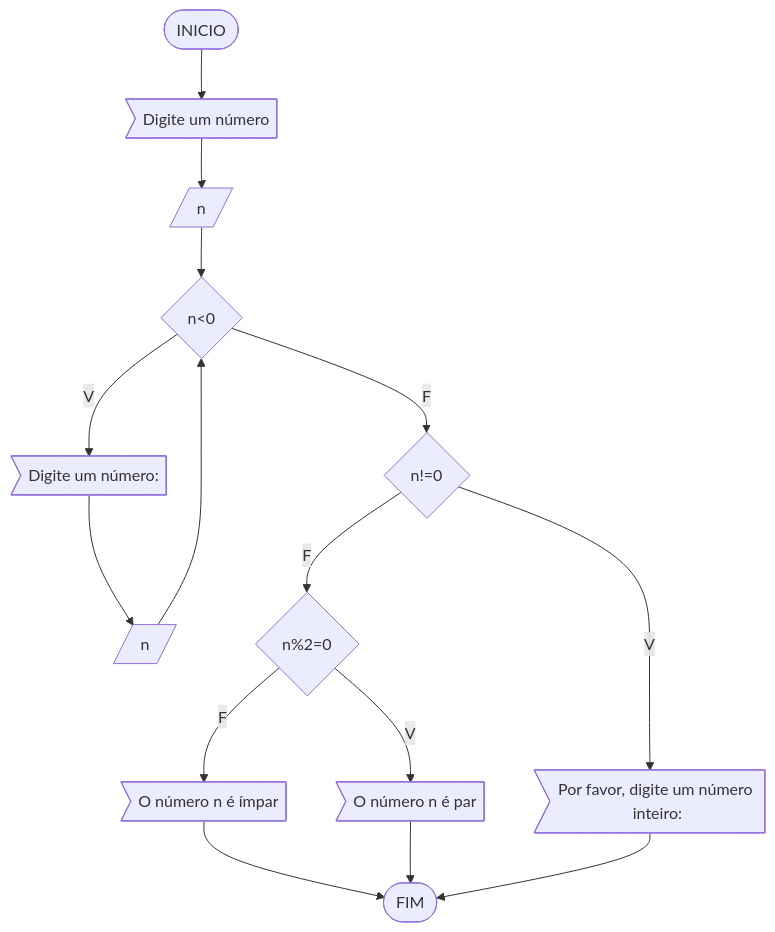
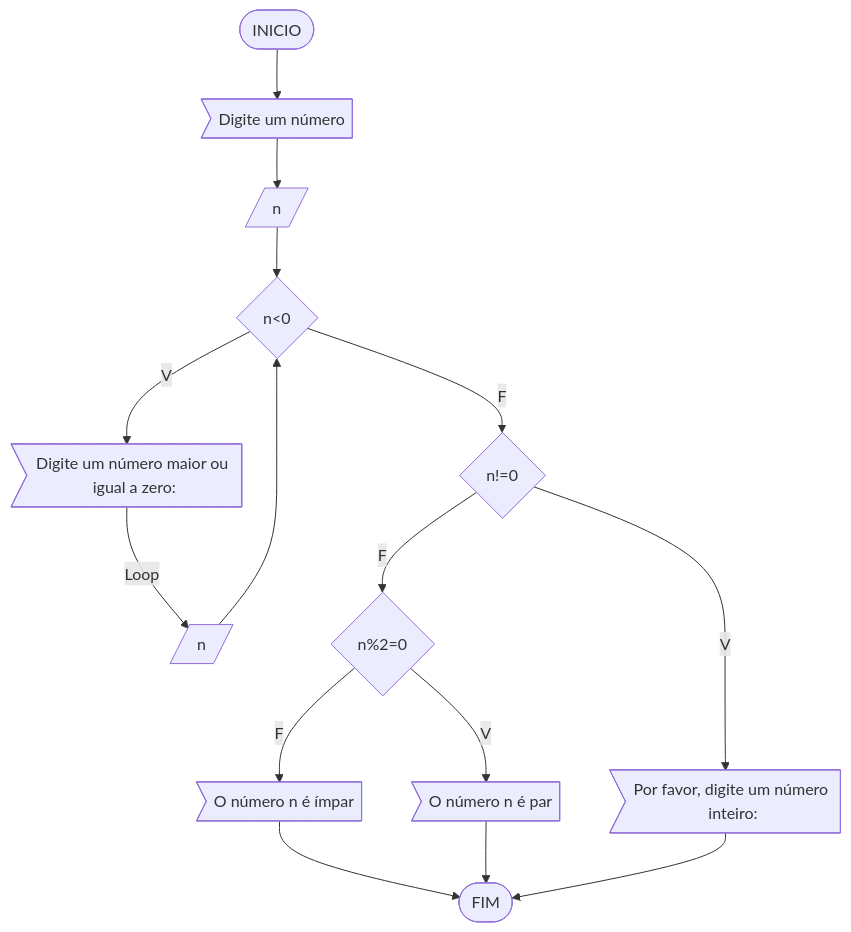
The first of 4 diagrams in RLA/lista3.md (angelomendonca0601/unifor), drawn with Mermaid before and after one commit.

````diff
--- a/RLA/lista3.md
+++ b/RLA/lista3.md
@@ -5,20 +5,20 @@
 ```mermaid
 flowchart TD
 id1([INICIO]) --> id2>"Digite um número"]
 id2 --> id3[/n/]
 id3 --> id4{n<0}
-id4 -- V --> id5>"Digite um número:"]
-id5 --> id6[/n/]
+id4 -- V --> id5>"Digite um número maior ou igual a zero:"]
+id5 -- Loop --> id6[/n/]
 id6 -->id4
 id4 -- F --> id7{n!=0}
 id7 -- V--> id8>Por favor, digite um número inteiro:]
 id7 -- F --> id9{n%2=0}
 id9 -- V --> id10>O número n é par]
 id9 -- F --> id11>O número n é ímpar]
 id11 --> id
 id10 --> id
 id8-->id
 
 
 id([FIM])
 ```
````
